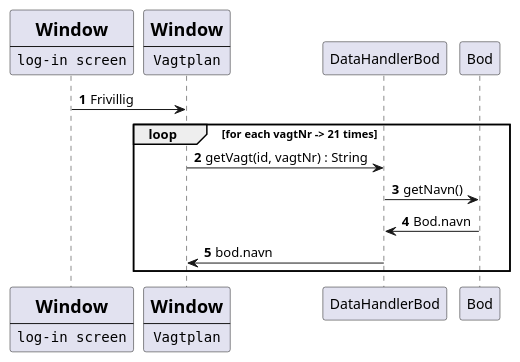
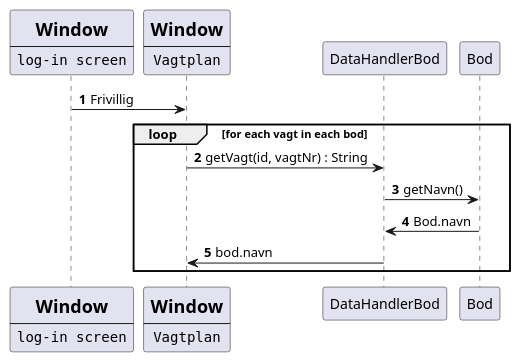
One commit to Ridd3r/OOP_Eksamen changed the diagram in Additionals/Sekvensdiagram-visVagtplan.puml. Above: the diagram before and after it, drawn with PlantUML. The commit also changed 1 other file, not shown here.

Commit message:
Diagrammer small update

```diff
--- a/Additionals/Sekvensdiagram-visVagtplan.puml
+++ b/Additionals/Sekvensdiagram-visVagtplan.puml
@@ -1,30 +1,30 @@
 @startuml
 'https://plantuml.com/sequence-diagram
 
 autonumber
 ' -----  participants ----
 participant login [
 = Window
 ----
 ""log-in screen""
 ]
 participant vagtplan [
 =Window
 ----
 ""Vagtplan""
 ]
 participant DataHandlerBod
 participant Bod
 
 ' --------  Arrows -------
 login -> vagtplan : Frivillig
-loop for each vagtNr -> 21 times
+loop for each vagt in each bod
 vagtplan -> DataHandlerBod : getVagt(id, vagtNr) : String
 DataHandlerBod -> Bod : getNavn()
 Bod -> DataHandlerBod : Bod.navn
 DataHandlerBod -> vagtplan : bod.navn
 end
 
 
 
 @enduml
```
